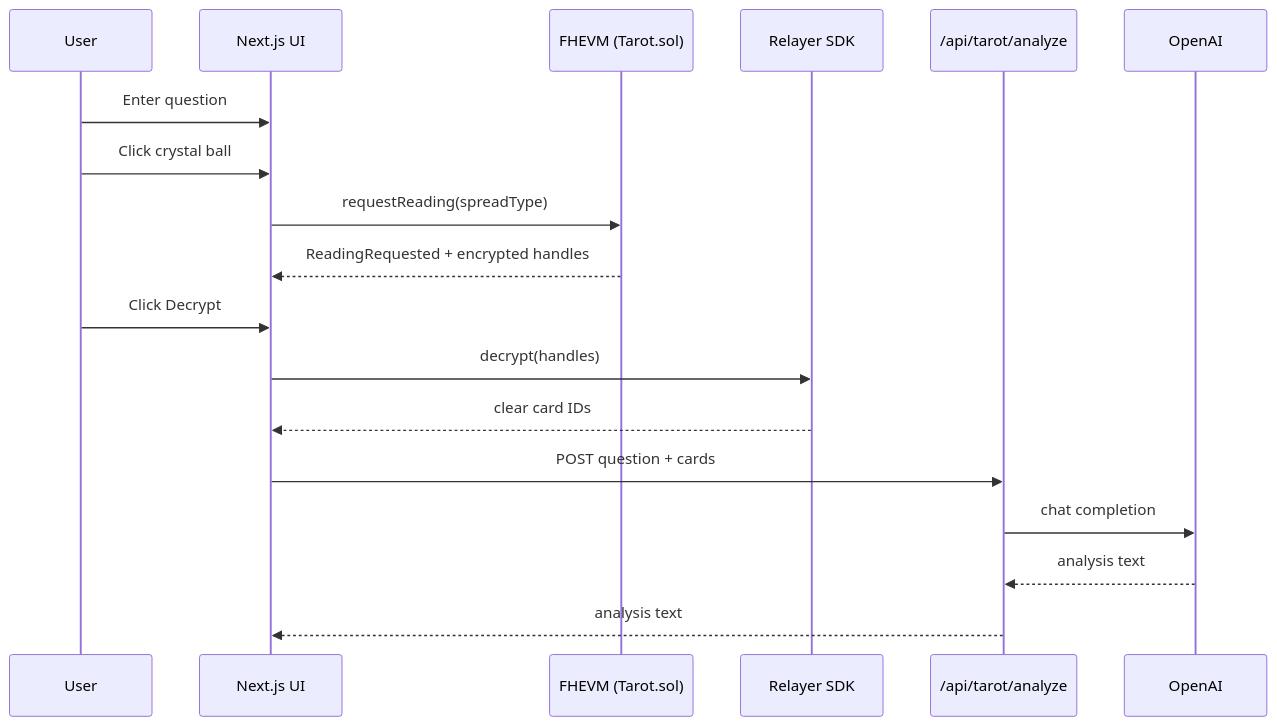
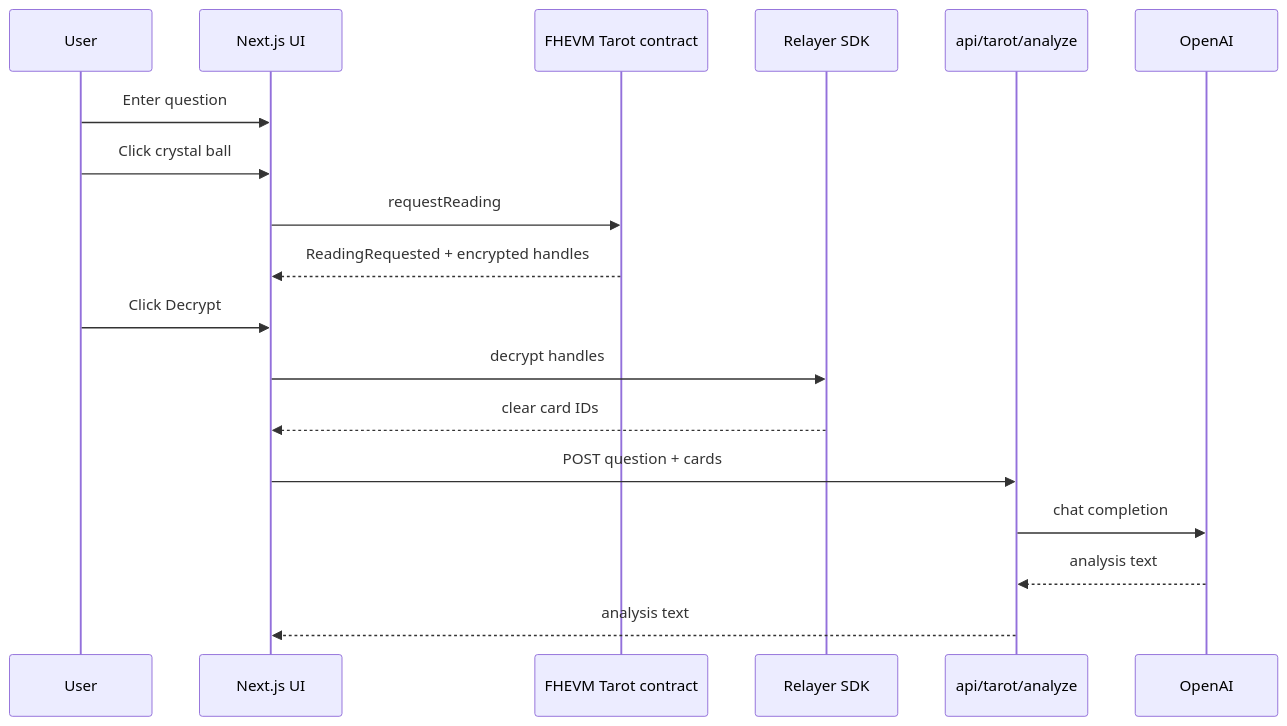
The second of 2 diagrams in README.md (AlexWaker/tarotzama), drawn with Mermaid before and after one commit. The commit also changed other lines of this file, not shown here.

Commit message:
update readme again

````diff
--- a/README.md
+++ b/README.md
@@ -56,21 +56,21 @@
 ```mermaid
 sequenceDiagram
   participant User
   participant UI as Next.js UI
-  participant Chain as FHEVM (Tarot.sol)
+  participant Chain as FHEVM Tarot contract
   participant Relayer as Relayer SDK
-  participant API as /api/tarot/analyze
+  participant API as api/tarot/analyze
   participant OpenAI
 
   User->>UI: Enter question
   User->>UI: Click crystal ball
-  UI->>Chain: requestReading(spreadType)
+  UI->>Chain: requestReading
   Chain-->>UI: ReadingRequested + encrypted handles
   User->>UI: Click Decrypt
-  UI->>Relayer: decrypt(handles)
+  UI->>Relayer: decrypt handles
   Relayer-->>UI: clear card IDs
   UI->>API: POST question + cards
   API->>OpenAI: chat completion
   OpenAI-->>API: analysis text
   API-->>UI: analysis text
 ```
````
